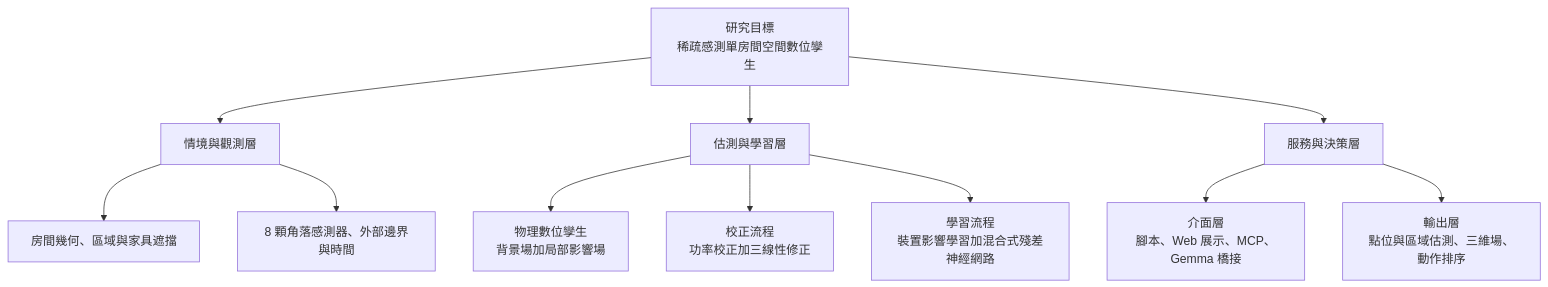
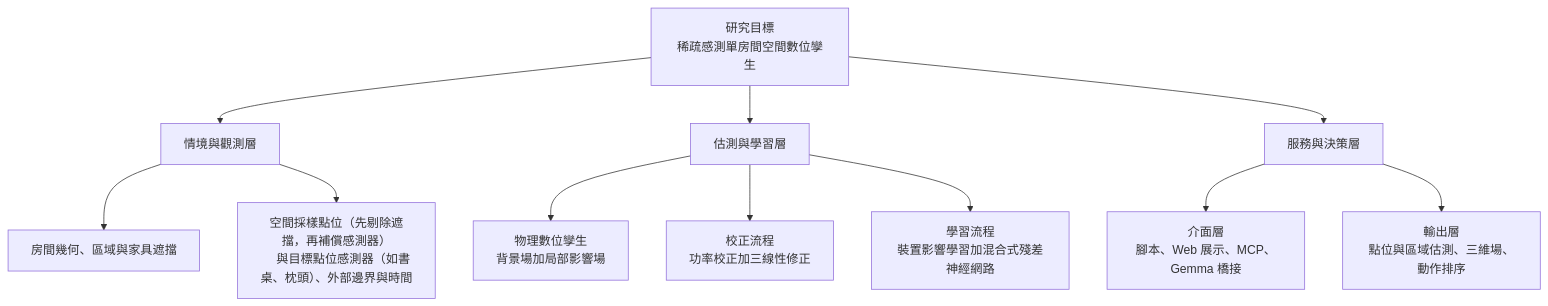
One commit to Yunitrish006006/Three-Factor-Digital-Twin changed the first of 3 diagrams in docs/thesis/project_academic_architecture_zh.md. Above: the diagram before and after it, drawn with Mermaid. The commit also changed other lines of this file and 6 other files, not shown here.

````diff
--- a/docs/thesis/project_academic_architecture_zh.md
+++ b/docs/thesis/project_academic_architecture_zh.md
@@ -17,18 +18,19 @@
 ```mermaid
 flowchart TB
     A[研究目標\n稀疏感測單房間空間數位孿生]
 
     A --> B[情境與觀測層]
     A --> C[估測與學習層]
     A --> D[服務與決策層]
 
     B --> B1[房間幾何、區域與家具遮擋]
-    B --> B2[8 顆角落感測器、外部邊界與時間]
+    B --> B2[空間採樣點位（先剔除遮擋，再補償感測器）
+    與目標點位感測器（如書桌、枕頭）、外部邊界與時間]
 
     C --> C1[物理數位孿生\n背景場加局部影響場]
     C --> C2[校正流程\n功率校正加三線性修正]
     C --> C3[學習流程\n裝置影響學習加混合式殘差神經網路]
 
     D --> D1[介面層\n腳本、Web 展示、MCP、Gemma 橋接]
     D --> D2[輸出層\n點位與區域估測、三維場、動作排序]
 ```
````
